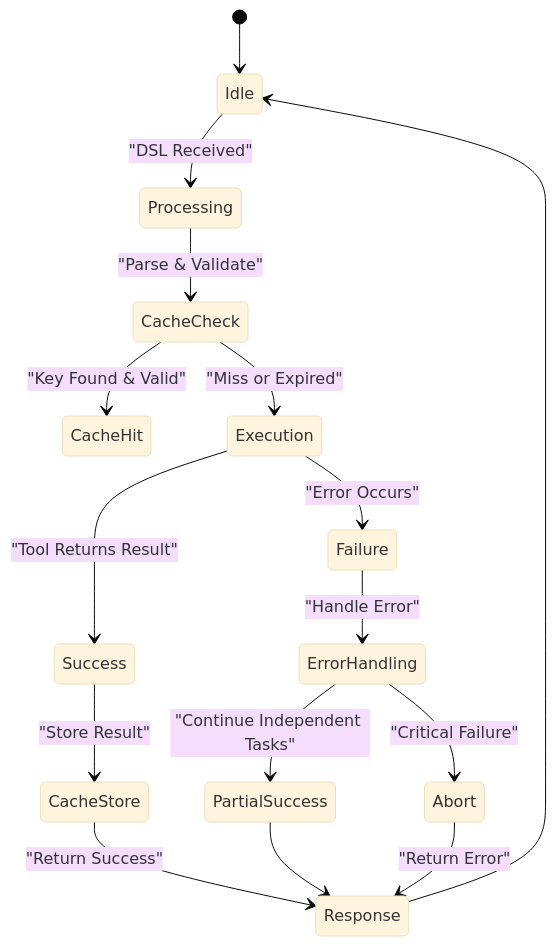
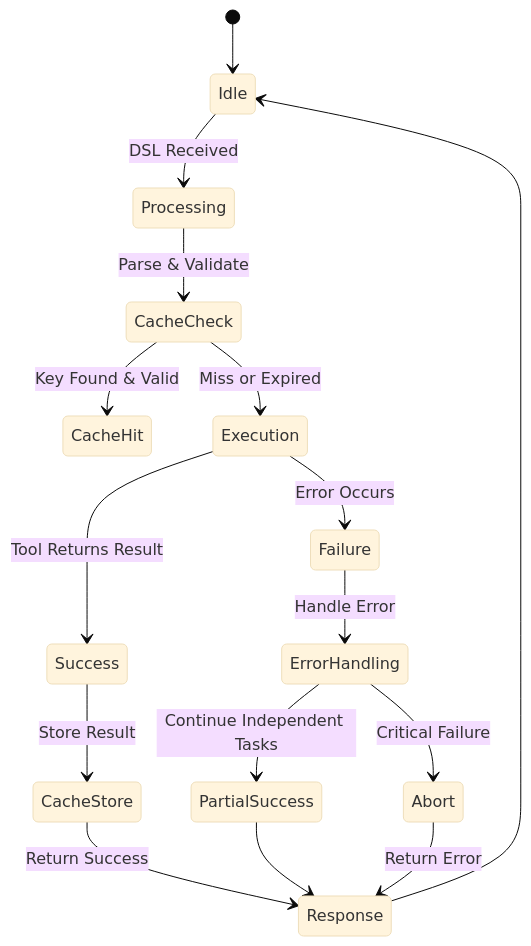
The eighth of 8 diagrams in docs/Architecture Overview/DSL Processing Engine.md (prxs-ai/praxis-go-sdk), drawn with Mermaid (base theme) before and after one commit. The commit also changed other lines of this file and 33 other files, not shown here.

````diff
--- a/docs/Architecture Overview/DSL Processing Engine.md
+++ b/docs/Architecture Overview/DSL Processing Engine.md
@@ -272,18 +272,18 @@
 ```mermaid
 stateDiagram-v2
 [*] --> Idle
-Idle --> Processing : "DSL Received"
-Processing --> CacheCheck : "Parse & Validate"
-CacheCheck --> CacheHit : "Key Found & Valid"
-CacheCheck --> Execution : "Miss or Expired"
-Execution --> Success : "Tool Returns Result"
-Execution --> Failure : "Error Occurs"
-Failure --> ErrorHandling : "Handle Error"
-ErrorHandling --> PartialSuccess : "Continue Independent Tasks"
-ErrorHandling --> Abort : "Critical Failure"
-Success --> CacheStore : "Store Result"
-CacheStore --> Response : "Return Success"
+Idle --> Processing: DSL Received
+Processing --> CacheCheck: Parse & Validate
+CacheCheck --> CacheHit: Key Found & Valid
+CacheCheck --> Execution: Miss or Expired
+Execution --> Success: Tool Returns Result
+Execution --> Failure: Error Occurs
+Failure --> ErrorHandling: Handle Error
+ErrorHandling --> PartialSuccess: Continue Independent Tasks
+ErrorHandling --> Abort: Critical Failure
+Success --> CacheStore: Store Result
+CacheStore --> Response: Return Success
 PartialSuccess --> Response
-Abort --> Response : "Return Error"
+Abort --> Response: Return Error
 Response --> Idle
 ```
````
